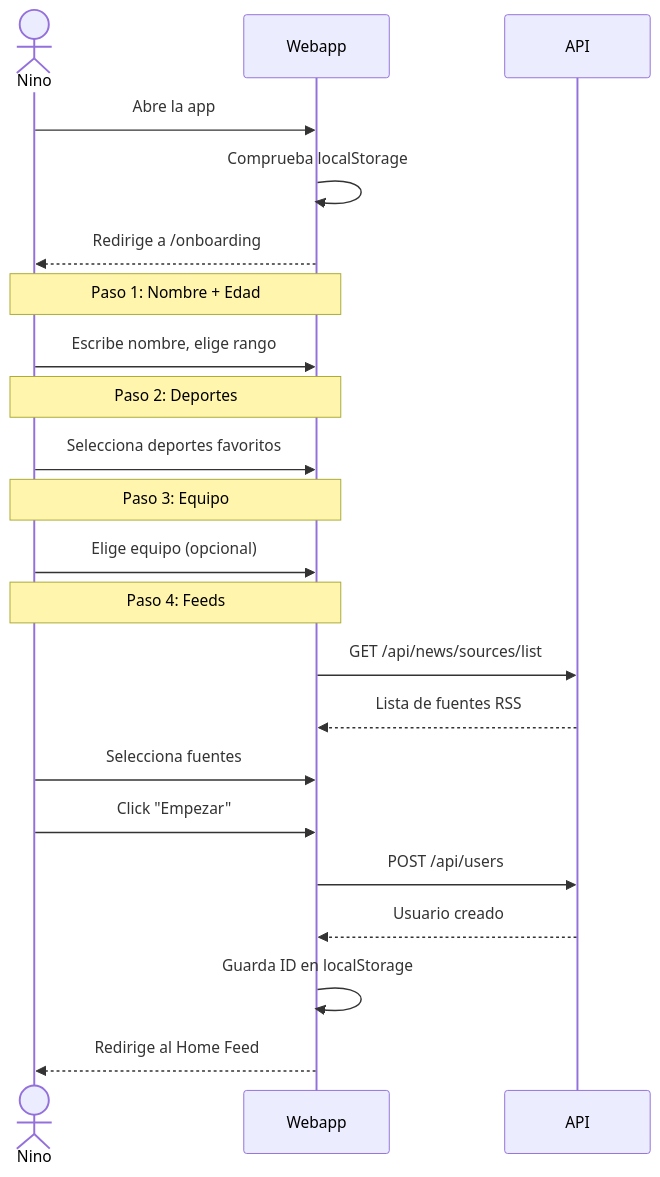
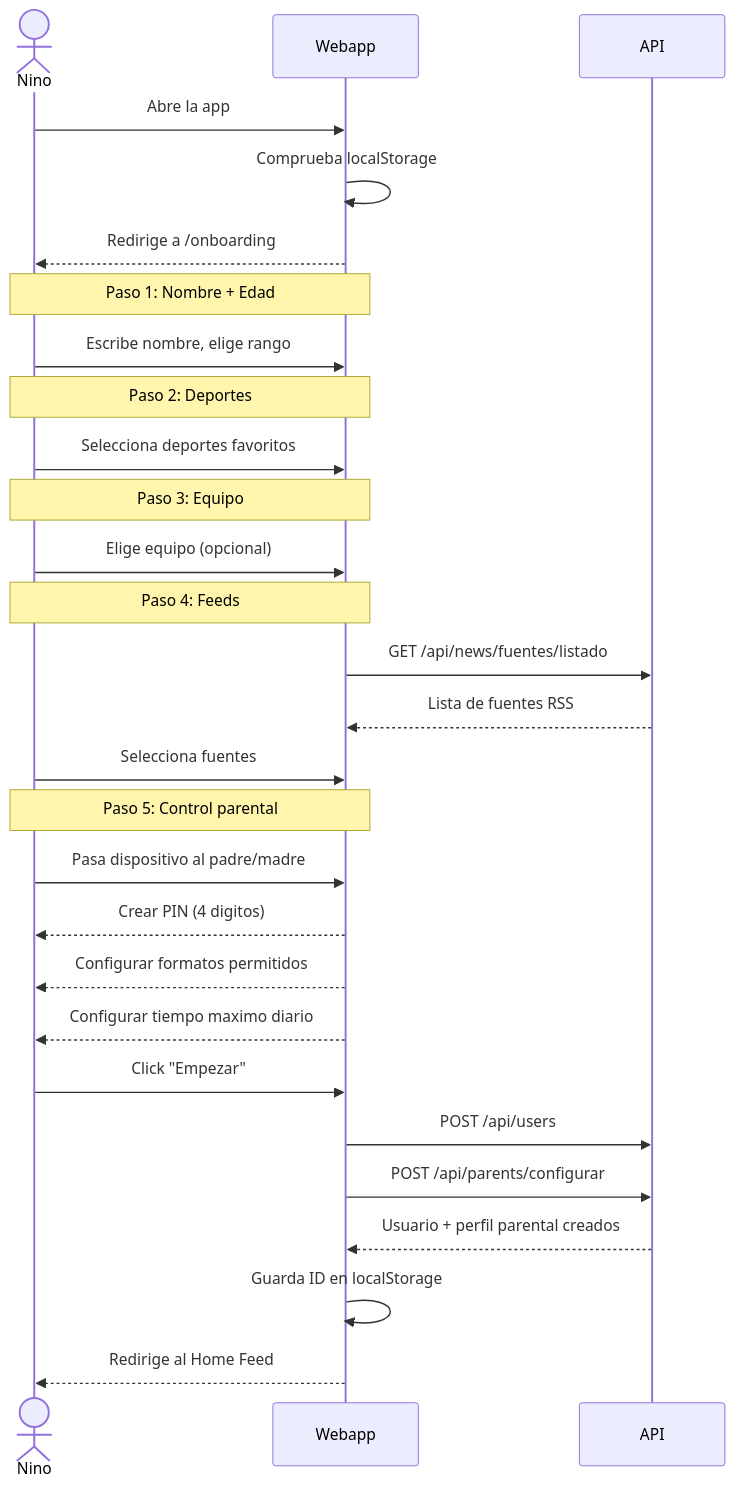
Before and after one commit to durdy48/SportyKids: the second of 4 diagrams in docs/es/05-flujos-de-usuario.md, drawn with Mermaid. The commit also changed other lines of this file and 22 other files, not shown here.

````diff
--- a/docs/es/05-flujos-de-usuario.md
+++ b/docs/es/05-flujos-de-usuario.md
@@ -33,30 +36,37 @@
 ```mermaid
 sequenceDiagram
     actor Nino as Nino
     participant App as Webapp
     participant API as API
 
     Nino->>App: Abre la app
     App->>App: Comprueba localStorage
     App-->>Nino: Redirige a /onboarding
 
     Note over Nino,App: Paso 1: Nombre + Edad
     Nino->>App: Escribe nombre, elige rango
 
     Note over Nino,App: Paso 2: Deportes
     Nino->>App: Selecciona deportes favoritos
 
     Note over Nino,App: Paso 3: Equipo
     Nino->>App: Elige equipo (opcional)
 
     Note over Nino,App: Paso 4: Feeds
-    App->>API: GET /api/news/sources/list
+    App->>API: GET /api/news/fuentes/listado
     API-->>App: Lista de fuentes RSS
     Nino->>App: Selecciona fuentes
 
+    Note over Nino,App: Paso 5: Control parental
+    Nino->>App: Pasa dispositivo al padre/madre
+    App-->>Nino: Crear PIN (4 digitos)
+    App-->>Nino: Configurar formatos permitidos
+    App-->>Nino: Configurar tiempo maximo diario
+
     Nino->>App: Click "Empezar"
     App->>API: POST /api/users
-    API-->>App: Usuario creado
+    App->>API: POST /api/parents/configurar
+    API-->>App: Usuario + perfil parental creados
     App->>App: Guarda ID en localStorage
     App-->>Nino: Redirige al Home Feed
 ```
````
